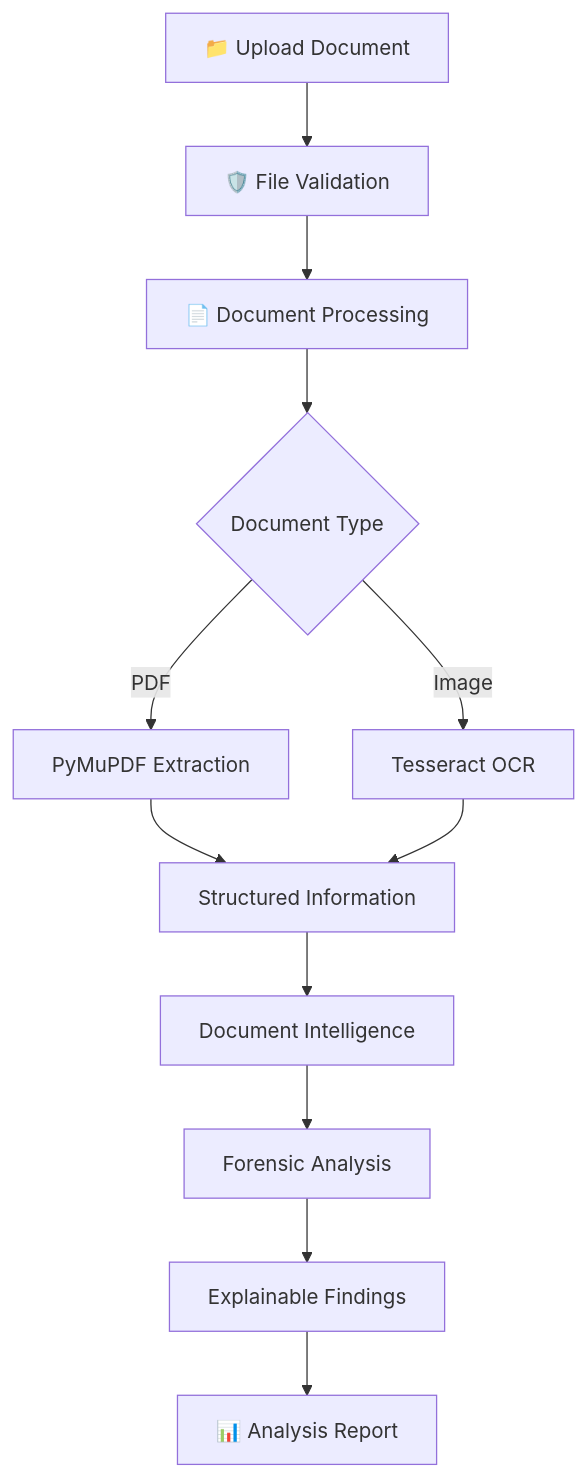
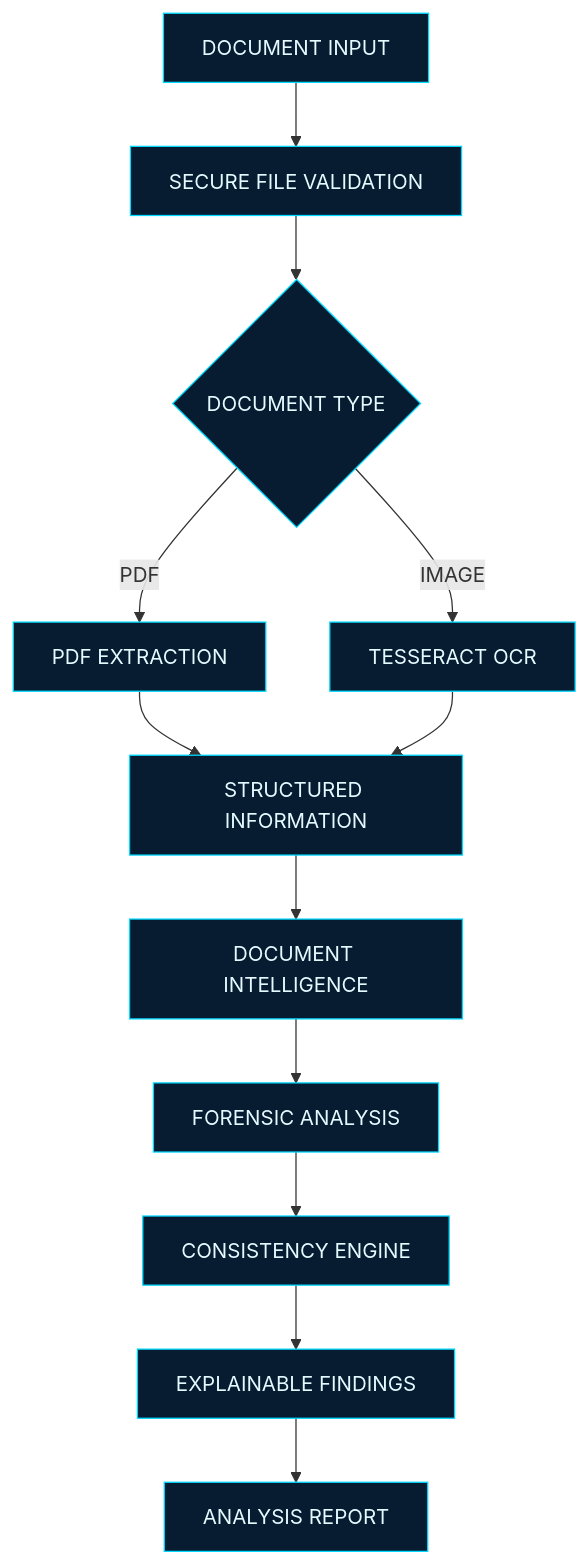
Before and after one commit to MrAryanKode/SCAMSCAN-NEXT: the diagram in README.md, drawn with Mermaid. The commit also changed other lines of this file and 1 other file, not shown here.

````diff
--- a/README.md
+++ b/README.md
@@ -165,14 +109,18 @@
 ```mermaid
 flowchart TD
-    A["📁 Upload Document"] --> B["🛡️ File Validation"]
-    B --> C["📄 Document Processing"]
-    C --> D{"Document Type"}
-    D -->|"PDF"| E["PyMuPDF Extraction"]
-    D -->|"Image"| F["Tesseract OCR"]
-    E --> G["Structured Information"]
-    F --> G
-    G --> H["Document Intelligence"]
-    H --> I["Forensic Analysis"]
-    I --> J["Explainable Findings"]
-    J --> K["📊 Analysis Report"]
+    A["DOCUMENT INPUT"] --> B["SECURE FILE VALIDATION"]
+    B --> C{"DOCUMENT TYPE"}
+    C -->|PDF| D["PDF EXTRACTION"]
+    C -->|IMAGE| E["TESSERACT OCR"]
+    D --> F["STRUCTURED INFORMATION"]
+    E --> F
+    F --> G["DOCUMENT INTELLIGENCE"]
+    G --> H["FORENSIC ANALYSIS"]
+    H --> I["CONSISTENCY ENGINE"]
+    I --> J["EXPLAINABLE FINDINGS"]
+    J --> K["ANALYSIS REPORT"]
+
+    classDef primary fill:#071B31,stroke:#00D9FF,color:#E5FAFF
+    classDef process fill:#0A1630,stroke:#168BFF,color:#E5FAFF
+    class A,B,C,D,E,F,G,H,I,J,K primary
 ```
````
